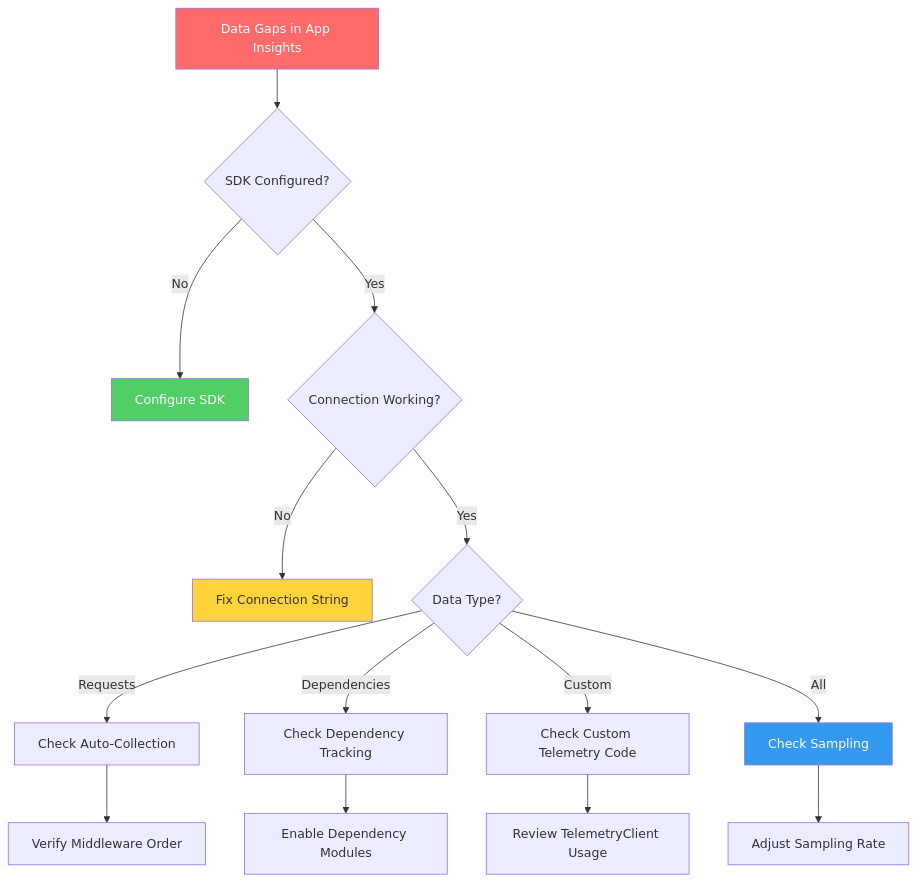
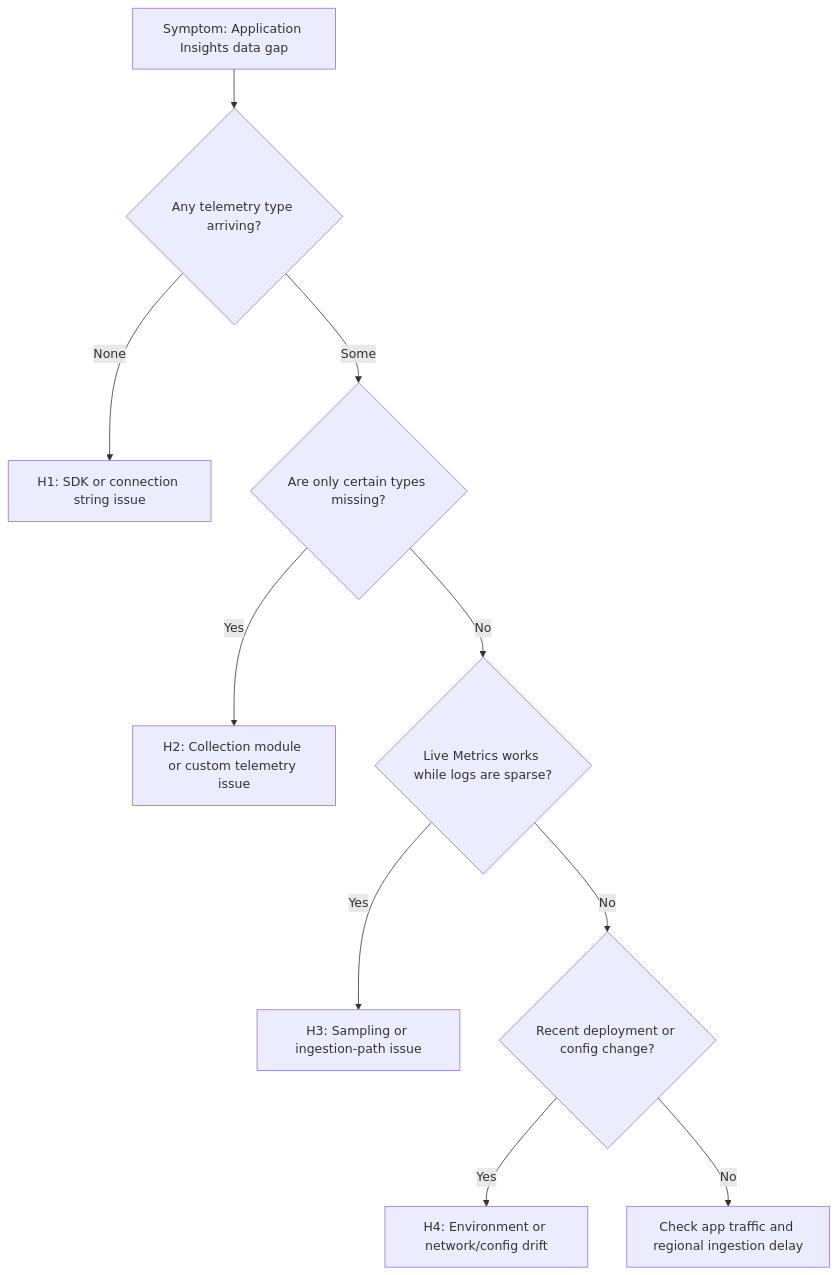
One commit to yeongseon/azure-monitoring-practical-guide changed the diagram in docs/troubleshooting/playbooks/application-insights-gaps.md. Above: the diagram before and after it, drawn with Mermaid. The commit also changed other lines of this file and 50 other files, not shown here.

````diff
--- a/docs/troubleshooting/playbooks/application-insights-gaps.md
+++ b/docs/troubleshooting/playbooks/application-insights-gaps.md
@@ -16,24 +14,12 @@
 ```mermaid
 flowchart TD
-    A[Data Gaps in App Insights] --> B{SDK Configured?}
-    B -->|No| C[Configure SDK]
-    B -->|Yes| D{Connection Working?}
-    
-    D -->|No| E[Fix Connection String]
-    D -->|Yes| F{Data Type?}
-    
-    F -->|Requests| G[Check Auto-Collection]
-    F -->|Dependencies| H[Check Dependency Tracking]
-    F -->|Custom| I[Check Custom Telemetry Code]
-    F -->|All| J[Check Sampling]
-    
-    G --> K[Verify Middleware Order]
-    H --> L[Enable Dependency Modules]
-    I --> M[Review TelemetryClient Usage]
-    J --> N[Adjust Sampling Rate]
-
-    style A fill:#ff6b6b,color:#fff
-    style C fill:#51cf66,color:#fff
-    style E fill:#ffd43b,color:#333
-    style J fill:#339af0,color:#fff
+    A[Symptom: Application Insights data gap] --> B{Any telemetry type arriving?}
+    B -->|None| H1[H1: SDK or connection string issue]
+    B -->|Some| C{Are only certain types missing?}
+    C -->|Yes| H2[H2: Collection module or custom telemetry issue]
+    C -->|No| D{Live Metrics works while logs are sparse?}
+    D -->|Yes| H3[H3: Sampling or ingestion-path issue]
+    D -->|No| E{Recent deployment or config change?}
+    E -->|Yes| H4[H4: Environment or network/config drift]
+    E -->|No| F[Check app traffic and regional ingestion delay]
 ```
````
